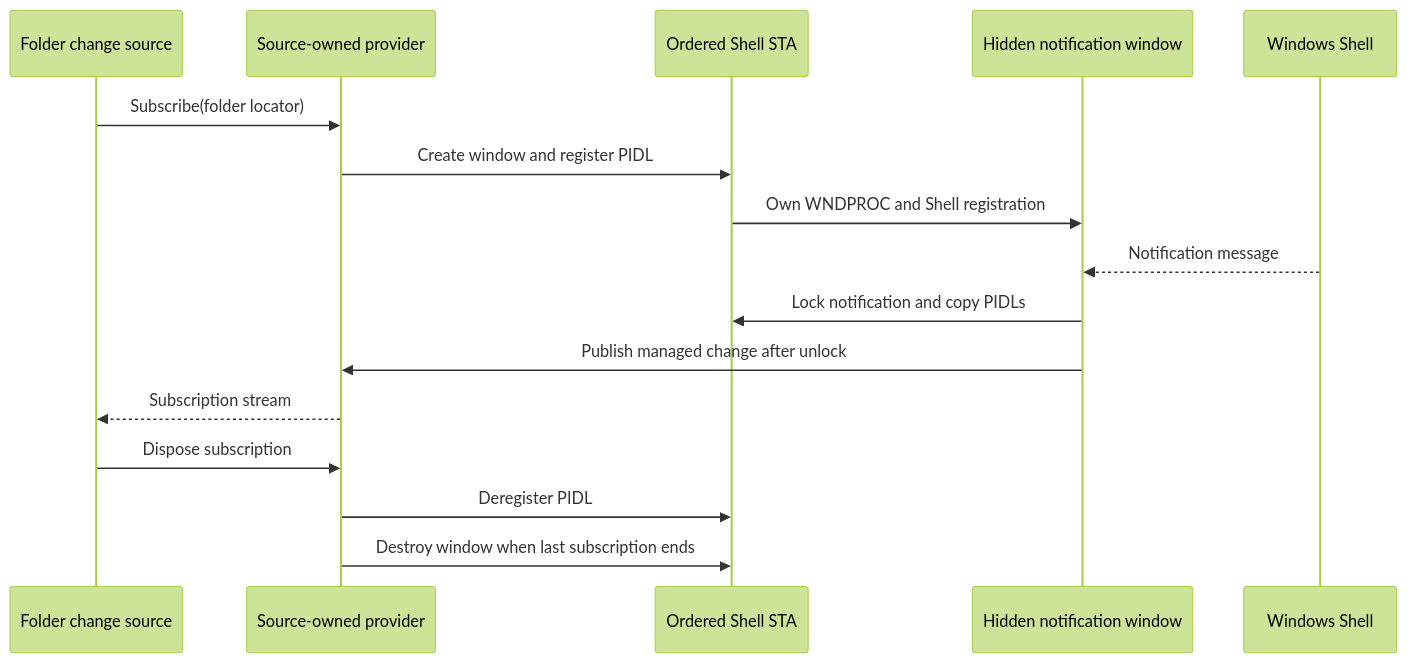
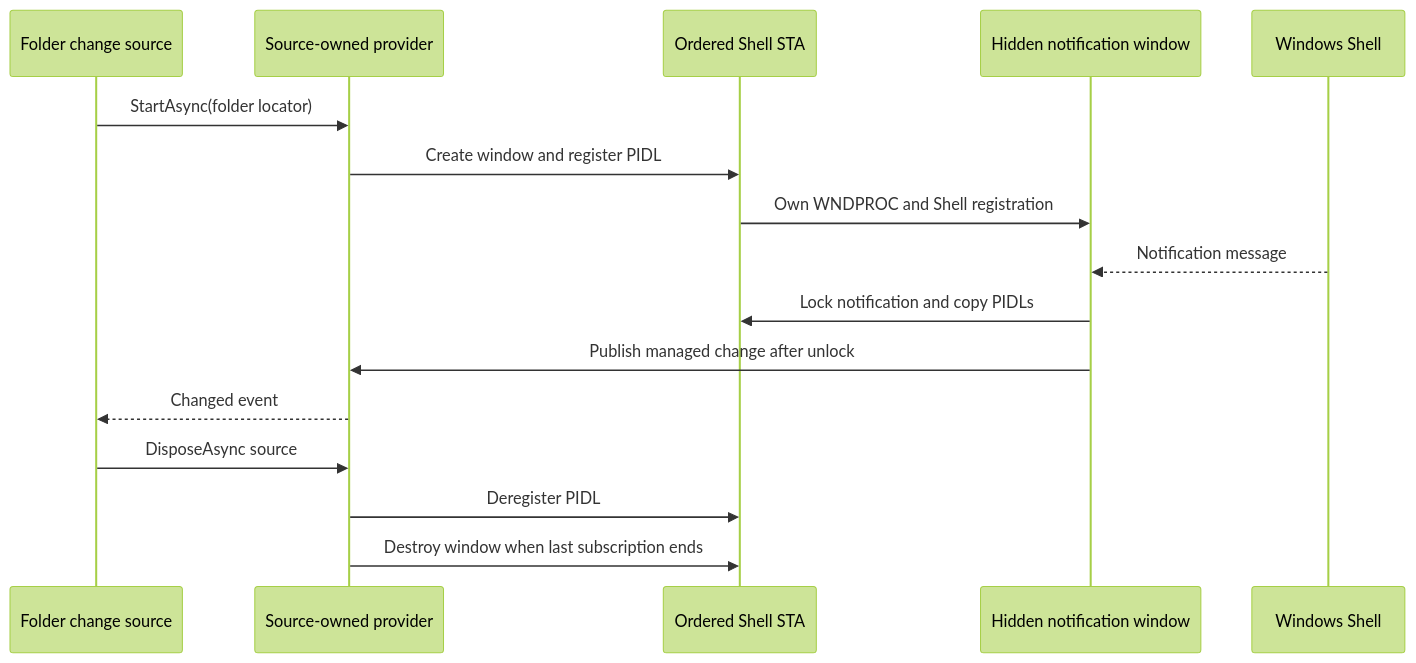
One commit to 0x5bfa/Files changed the fifth of 7 diagrams in docs/architecture/windows-storage.md. Above: the diagram before and after it, drawn with Mermaid (forest theme). The commit also changed other lines of this file and 9 other files, not shown here.

Commit message:
Use event for folder change

````diff
--- a/docs/architecture/windows-storage.md
+++ b/docs/architecture/windows-storage.md
@@ -150,19 +150,19 @@
 ```mermaid
 sequenceDiagram
     participant Model as Folder change source
     participant Provider as Source-owned provider
     participant STA as Ordered Shell STA
     participant Window as Hidden notification window
     participant Shell as Windows Shell
 
-    Model->>Provider: Subscribe(folder locator)
+    Model->>Provider: StartAsync(folder locator)
     Provider->>STA: Create window and register PIDL
     STA->>Window: Own WNDPROC and Shell registration
     Shell-->>Window: Notification message
     Window->>STA: Lock notification and copy PIDLs
     Window->>Provider: Publish managed change after unlock
-    Provider-->>Model: Subscription stream
-    Model->>Provider: Dispose subscription
+    Provider-->>Model: Changed event
+    Model->>Provider: DisposeAsync source
     Provider->>STA: Deregister PIDL
     Provider->>STA: Destroy window when last subscription ends
 ```
````
